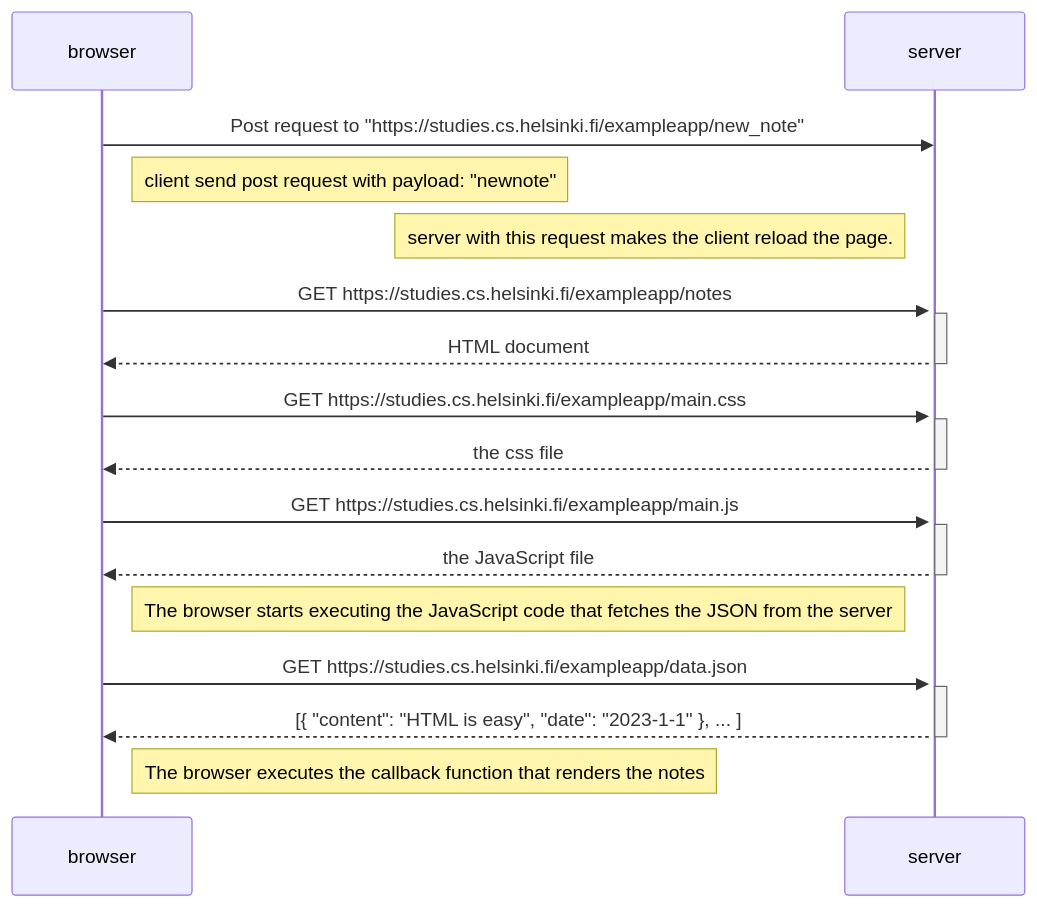
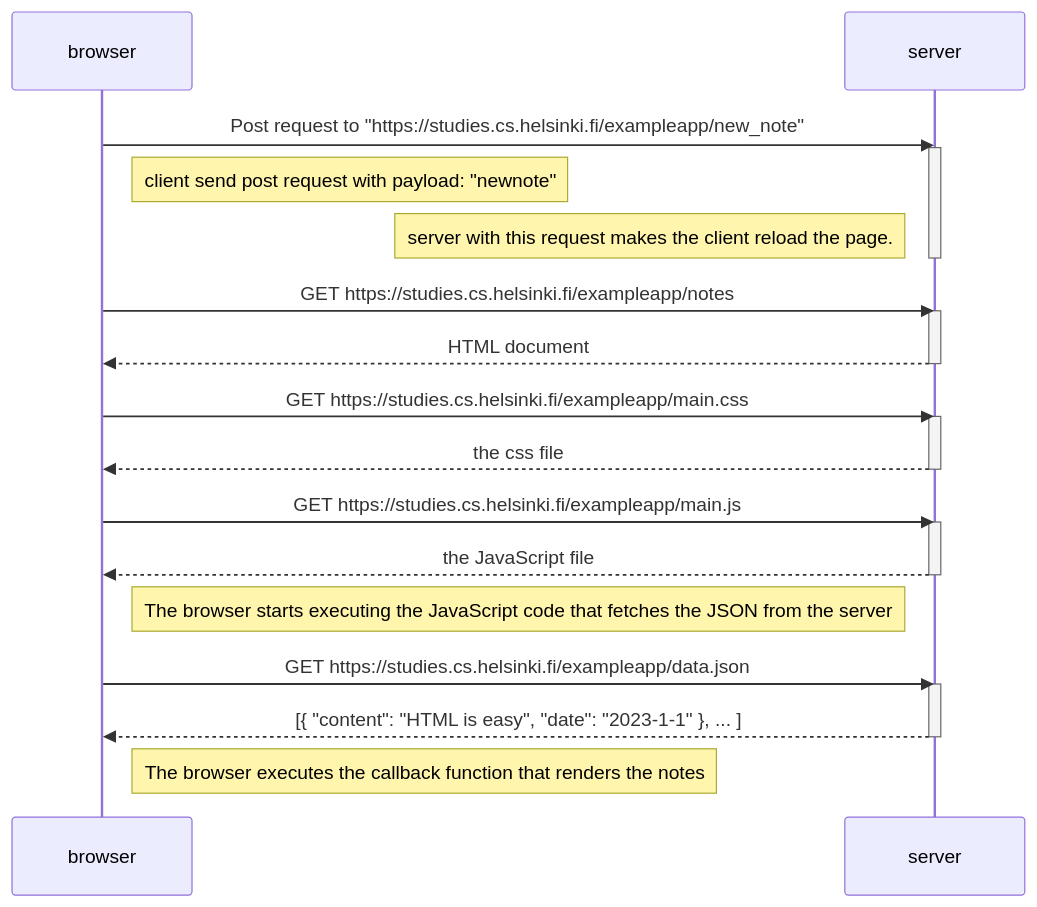
One commit to harunf1/fullstackopen2023 changed the diagram in part0/0.4newNoteDiagram.md. Above: the diagram before and after it, drawn with Mermaid.

````diff
--- a/part0/0.4newNoteDiagram.md
+++ b/part0/0.4newNoteDiagram.md
@@ -2,34 +2,36 @@
 ```mermaid
 	sequenceDiagram
 	participant browser
 	participant server
 
 	browser ->> server: Post request to   "https://studies.cs.helsinki.fi/exampleapp/new_note"
 	activate server
 	Note right of browser: client send post request with payload: "newnote"
 	Note left of server: server with this request makes the client reload the page.
+	deactivate server
+
 
     browser->>server: GET https://studies.cs.helsinki.fi/exampleapp/notes
     activate server
     server-->>browser: HTML document
     deactivate server
 
     browser->>server: GET https://studies.cs.helsinki.fi/exampleapp/main.css
     activate server
     server-->>browser: the css file
     deactivate server
 
     browser->>server: GET https://studies.cs.helsinki.fi/exampleapp/main.js
     activate server
     server-->>browser: the JavaScript file
     deactivate server
 
     Note right of browser: The browser starts executing the JavaScript code that fetches the JSON from the server
 
     browser->>server: GET https://studies.cs.helsinki.fi/exampleapp/data.json
     activate server
     server-->>browser: [{ "content": "HTML is easy", "date": "2023-1-1" }, ... ]
     deactivate server
 
     Note right of browser: The browser executes the callback function that renders the notes
 ```
````
